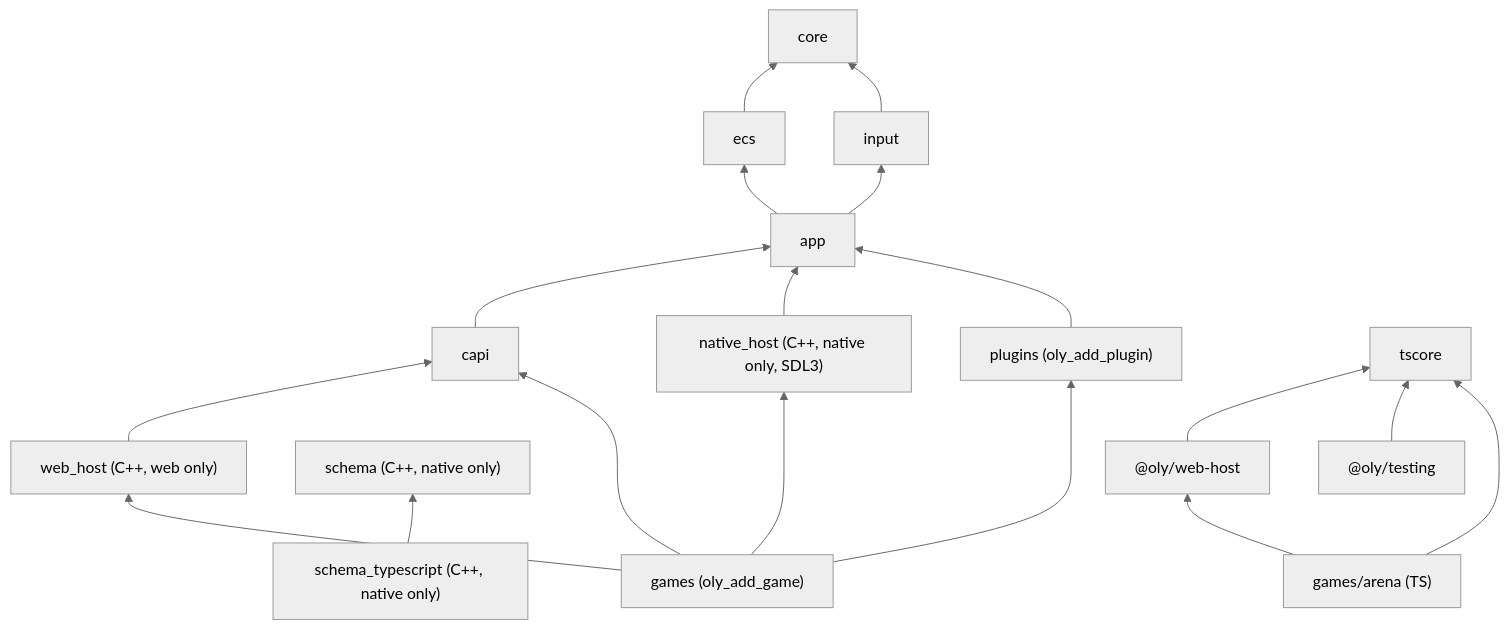
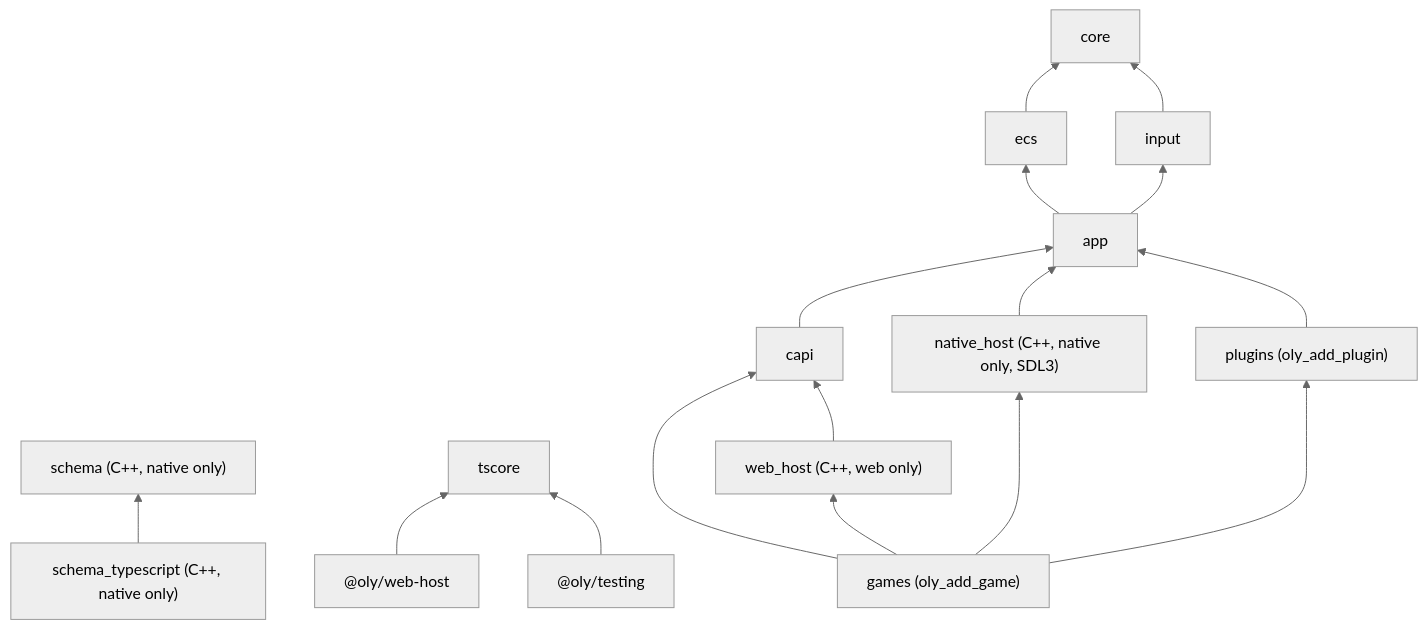
One commit to esliph/oly changed the diagram in docs/architecture/modules-and-boundaries.md. Above: the diagram before and after it, drawn with Mermaid (neutral theme). The commit also changed other lines of this file and 50 other files, not shown here.

````diff
--- a/docs/architecture/modules-and-boundaries.md
+++ b/docs/architecture/modules-and-boundaries.md
@@ -5,20 +5,18 @@
 ```mermaid
 graph BT
   ecs --> core
   input --> core
   app --> ecs
   app --> input
   capi --> app
   webHost_native["web_host (C++, web only)"] --> capi
   nativeHost["native_host (C++, native only, SDL3)"] --> app
   plugins["plugins (oly_add_plugin)"] --> app
   games["games (oly_add_game)"] --> capi
   games --> webHost_native
   games --> nativeHost
   games --> plugins
   schema_typescript["schema_typescript (C++, native only)"] --> schema["schema (C++, native only)"]
   webHost["@oly/web-host"] --> tscore
   testing["@oly/testing"] --> tscore
-  arena["games/arena (TS)"] --> tscore
-  arena --> webHost
 ```
````
